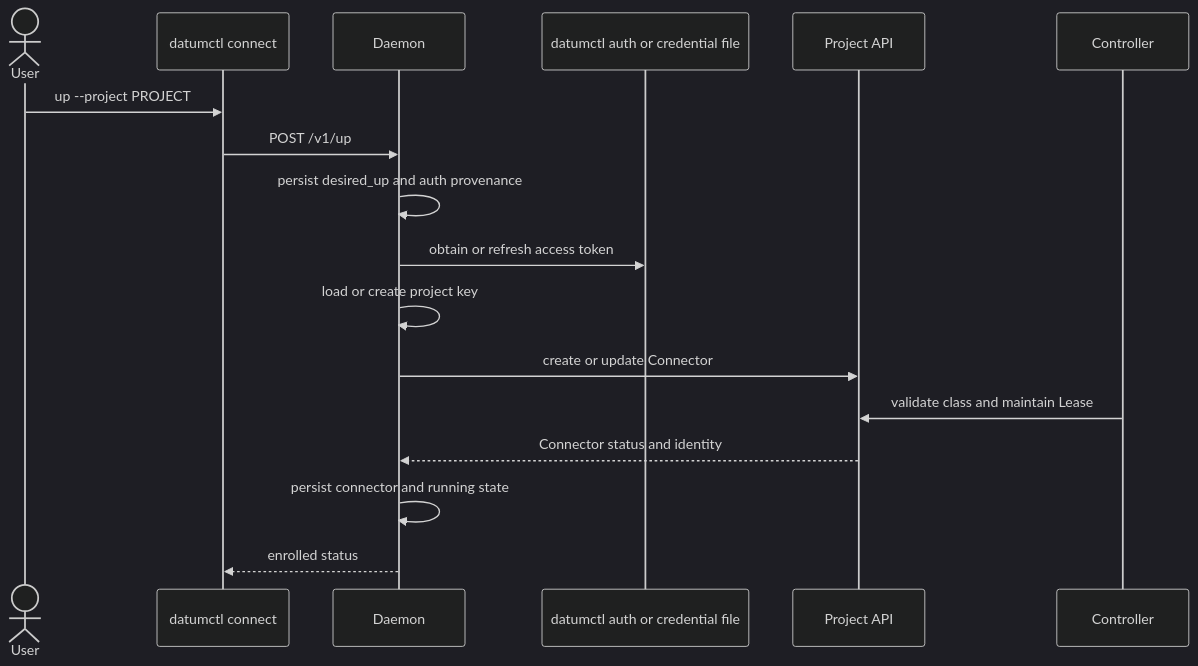
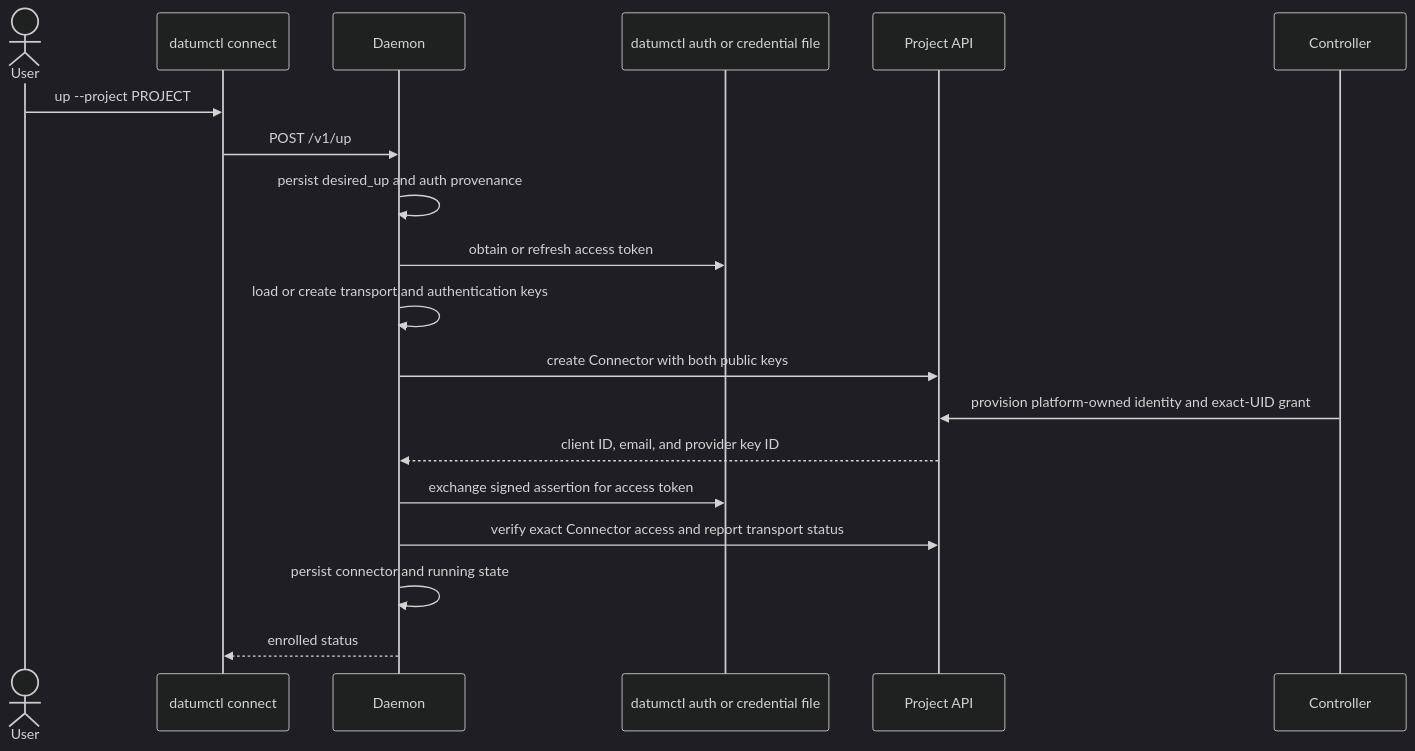
The diagram in docs/architecture/enrollment-and-reconciliation.md (datum-cloud/connect), drawn with Mermaid (dark theme) before and after one commit. The commit also changed other lines of this file and 9 other files, not shown here.

Commit message:
docs: explain Connector authentication lifecycle

````diff
--- a/docs/architecture/enrollment-and-reconciliation.md
+++ b/docs/architecture/enrollment-and-reconciliation.md
@@ -17,20 +21,22 @@
 ```mermaid
 sequenceDiagram
     actor User
     participant CLI as datumctl connect
     participant Daemon
     participant Auth as datumctl auth or credential file
     participant API as Project API
     participant Controller
 
     User->>CLI: up --project PROJECT
     CLI->>Daemon: POST /v1/up
     Daemon->>Daemon: persist desired_up and auth provenance
     Daemon->>Auth: obtain or refresh access token
-    Daemon->>Daemon: load or create project key
-    Daemon->>API: create or update Connector
-    Controller->>API: validate class and maintain Lease
-    API-->>Daemon: Connector status and identity
+    Daemon->>Daemon: load or create transport and authentication keys
+    Daemon->>API: create Connector with both public keys
+    Controller->>API: provision platform-owned identity and exact-UID grant
+    API-->>Daemon: client ID, email, and provider key ID
+    Daemon->>Auth: exchange signed assertion for access token
+    Daemon->>API: verify exact Connector access and report transport status
     Daemon->>Daemon: persist connector and running state
     Daemon-->>CLI: enrolled status
 ```
````
